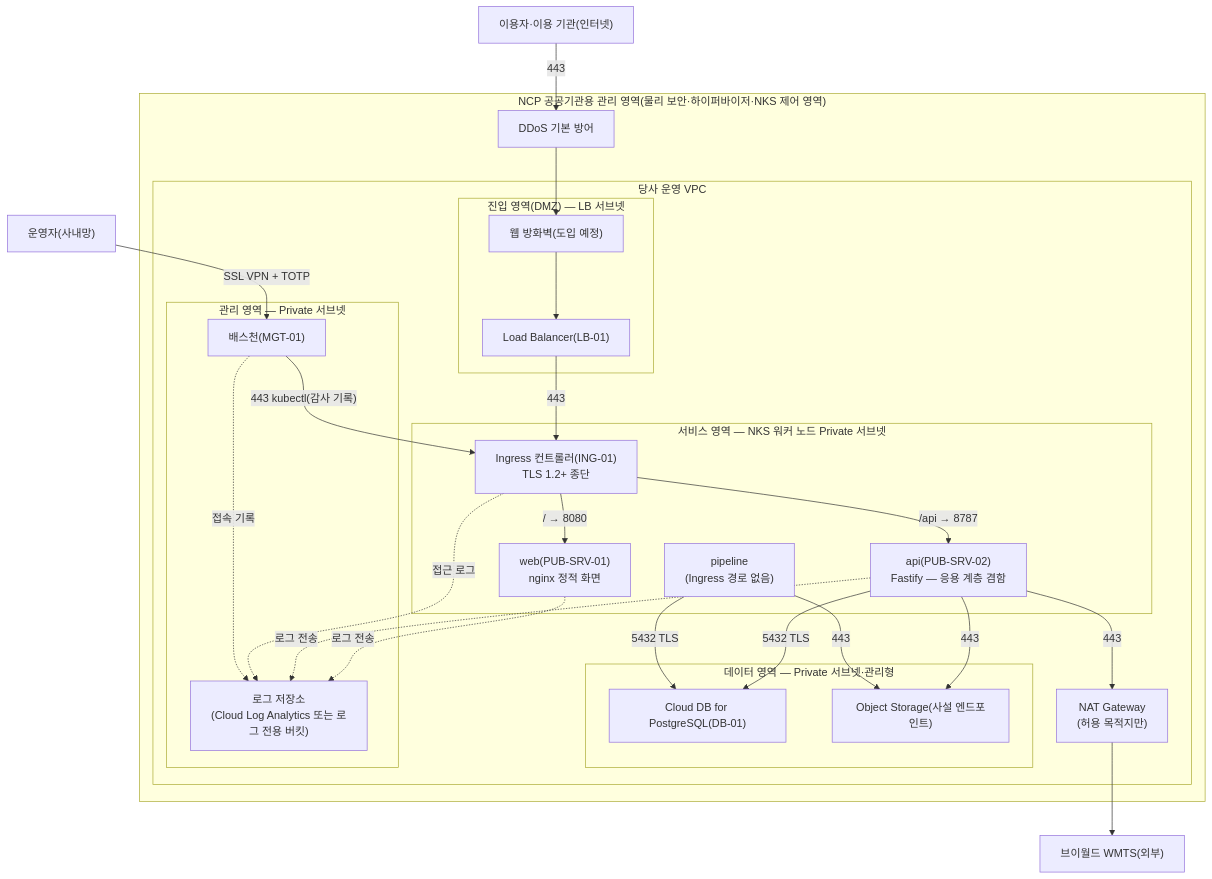
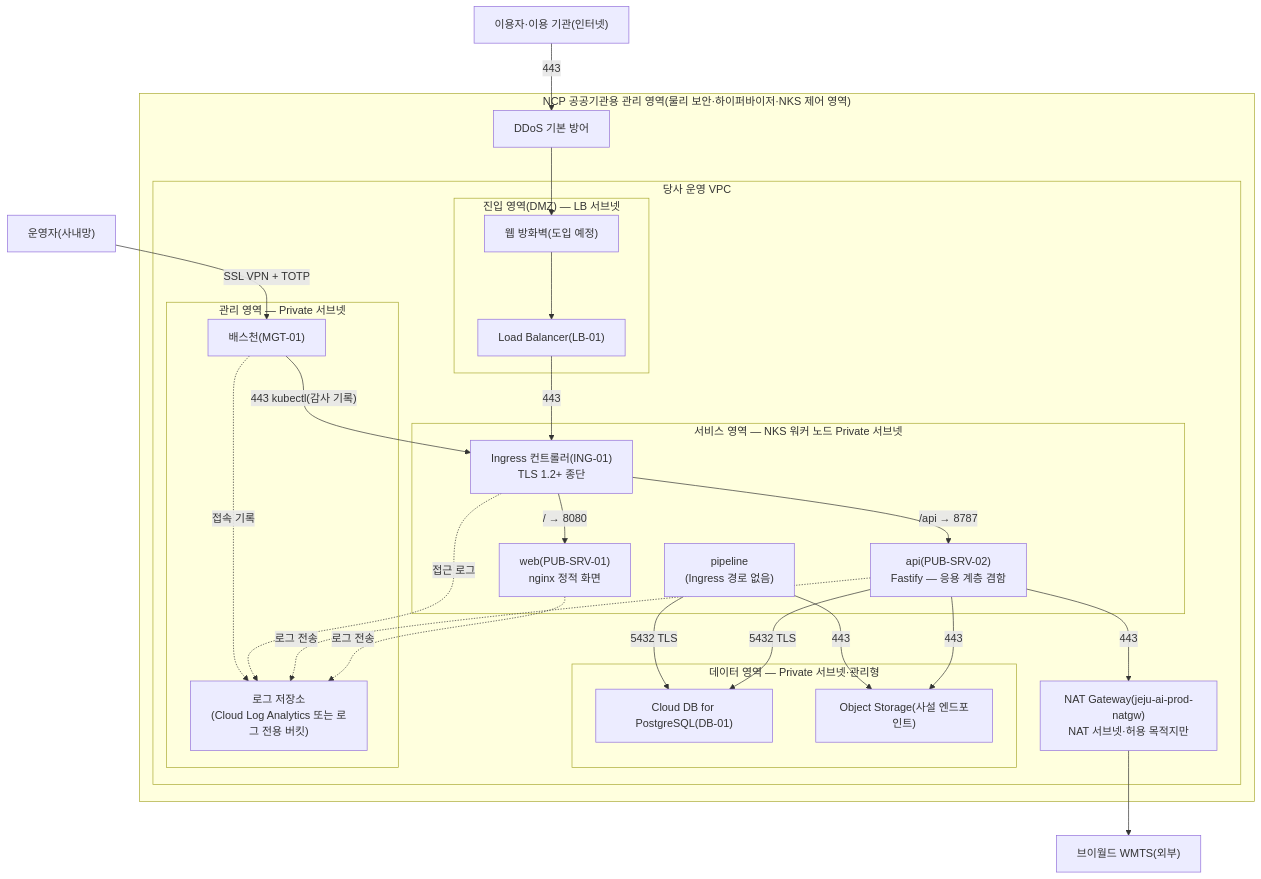
The diagram in .ai-workflow/work/tasks/CSAP-인증준비/11 대기중/9.1.5 공개서버 보안/03. 공개서버 네트워크 및 시스템 구성도.md (garam-park/inp-devops), drawn with Mermaid before and after one commit. The commit also changed other lines of this file and 71 other files, not shown here.

````diff
--- a/.ai-workflow/work/tasks/CSAP-인증준비/11 대기중/9.1.5 공개서버 보안/03. 공개서버 네트워크 및 시스템 구성도.md
+++ b/.ai-workflow/work/tasks/CSAP-인증준비/11 대기중/9.1.5 공개서버 보안/03. 공개서버 네트워크 및 시스템 구성도.md
@@ -56,47 +61,47 @@
 ```mermaid
 flowchart TB
     USER["이용자·이용 기관(인터넷)"]
     ADMIN["운영자(사내망)"]
 
     subgraph PROVIDER["NCP 공공기관용 관리 영역(물리 보안·하이퍼바이저·NKS 제어 영역)"]
         DDOS["DDoS 기본 방어"]
         subgraph VPC["당사 운영 VPC"]
             subgraph DMZ["진입 영역(DMZ) — LB 서브넷"]
                 WAF["웹 방화벽(도입 예정)"]
                 LB["Load Balancer(LB-01)"]
             end
             subgraph SVC["서비스 영역 — NKS 워커 노드 Private 서브넷"]
                 ING["Ingress 컨트롤러(ING-01)<br/>TLS 1.2+ 종단"]
                 WEB["web(PUB-SRV-01)<br/>nginx 정적 화면"]
                 API["api(PUB-SRV-02)<br/>Fastify — 응용 계층 겸함"]
                 PIPE["pipeline<br/>(Ingress 경로 없음)"]
             end
             subgraph DATA["데이터 영역 — Private 서브넷·관리형"]
                 DBS["Cloud DB for PostgreSQL(DB-01)"]
                 OBJ["Object Storage(사설 엔드포인트)"]
             end
             subgraph MGMT["관리 영역 — Private 서브넷"]
                 BASTION["배스천(MGT-01)"]
                 LOG["로그 저장소<br/>(Cloud Log Analytics 또는 로그 전용 버킷)"]
             end
-            NAT["NAT Gateway<br/>(허용 목적지만)"]
+            NAT["NAT Gateway(jeju-ai-prod-natgw)<br/>NAT 서브넷·허용 목적지만"]
         end
     end
     VWORLD["브이월드 WMTS(외부)"]
 
     USER -->|"443"| DDOS --> WAF --> LB
     LB -->|"443"| ING
     ING -->|"/ → 8080"| WEB
     ING -->|"/api → 8787"| API
     API -->|"5432 TLS"| DBS
     API -->|"443"| OBJ
     PIPE -->|"5432 TLS"| DBS
     PIPE -->|"443"| OBJ
     API -->|"443"| NAT --> VWORLD
     ADMIN -->|"SSL VPN + TOTP"| BASTION
     BASTION -->|"443 kubectl(감사 기록)"| ING
     WEB -. "로그 전송" .-> LOG
     API -. "로그 전송" .-> LOG
     ING -. "접근 로그" .-> LOG
     BASTION -. "접속 기록" .-> LOG
 ```
````
